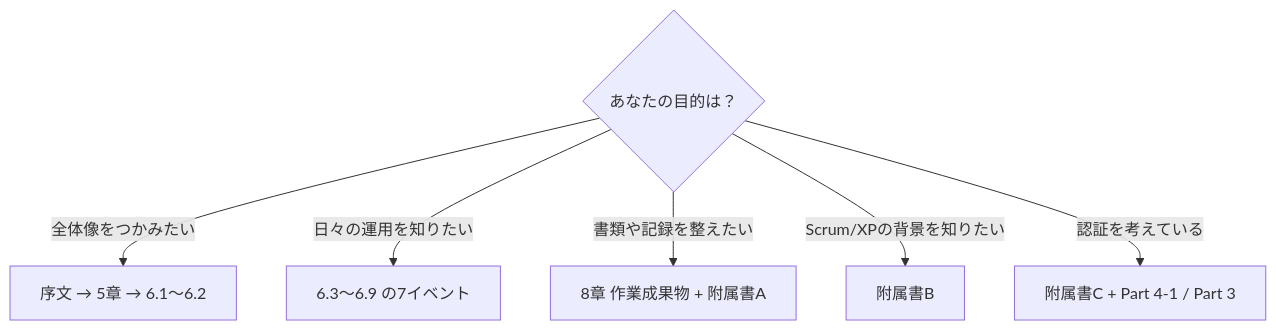
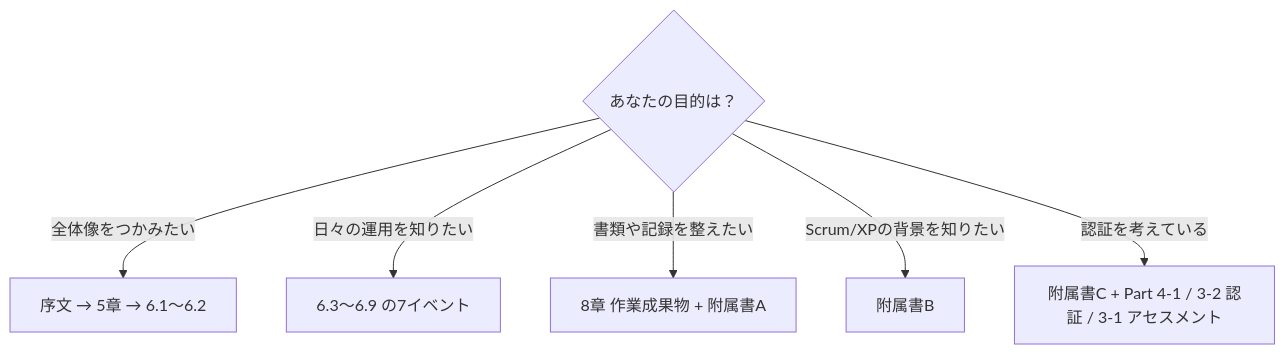
One commit to myoshi2891/Quality-Assurance-Studies changed the fourth of 10 diagrams in Iso-iec-29110-5-4-2025-beginner-guide.md. Above: the diagram before and after it, drawn with Mermaid. The commit also changed other lines of this file, not shown here.

````diff
--- a/Iso-iec-29110-5-4-2025-beginner-guide.md
+++ b/Iso-iec-29110-5-4-2025-beginner-guide.md
@@ -149,9 +149,9 @@
 ```mermaid
 flowchart TD
   Q{"あなたの目的は？"}
   Q -->|"全体像をつかみたい"| A["序文 → 5章 → 6.1〜6.2"]
   Q -->|"日々の運用を知りたい"| B["6.3〜6.9 の7イベント"]
   Q -->|"書類や記録を整えたい"| C["8章 作業成果物 + 附属書A"]
   Q -->|"Scrum/XPの背景を知りたい"| D["附属書B"]
-  Q -->|"認証を考えている"| E["附属書C + Part 4-1 / Part 3"]
+  Q -->|"認証を考えている"| E["附属書C + Part 4-1 / 3-2 認証 / 3-1 アセスメント"]
 ```
````
